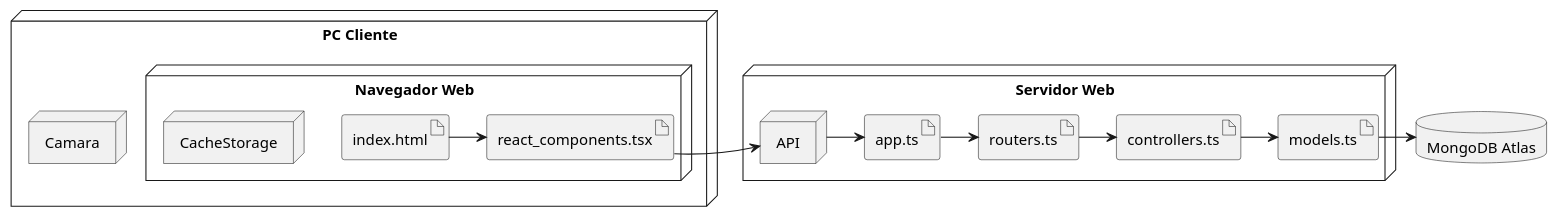
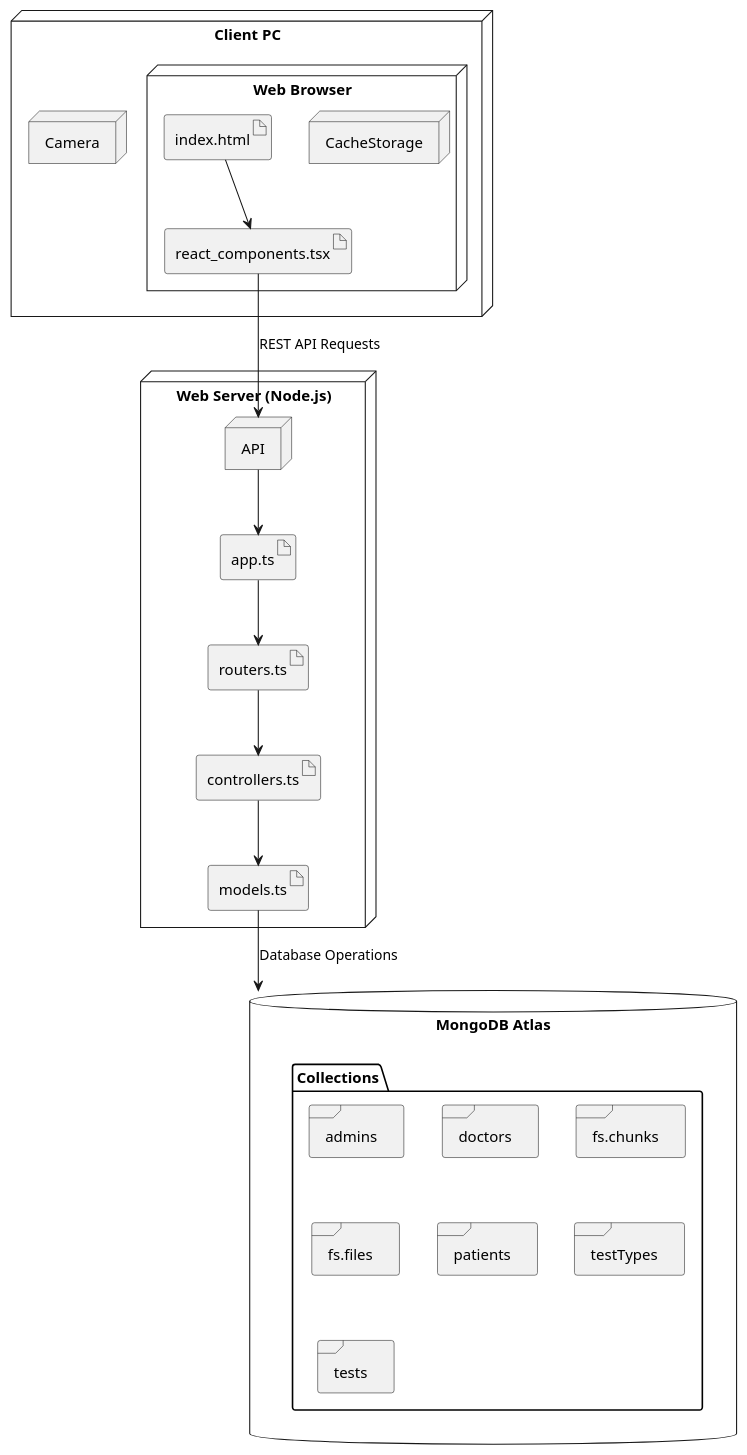
The first of 5 diagrams in templateAPP/input/appendices/03_diagramas.md (TFG-SGM/memoria), drawn with PlantUML before and after one commit. The commit also changed other lines of this file and 33 other files, not shown here.

````diff
--- a/templateAPP/input/appendices/03_diagramas.md
+++ b/templateAPP/input/appendices/03_diagramas.md
@@ -13,32 +13,42 @@
 ```{.plantuml #anexo3:diagrama-despliegue caption="Diagrama de despliegue" frame=single}
 @startuml
 
-node "PC Cliente" {
-node Camara
-node "Navegador Web" {
-node CacheStorage
-artifact index.html
-artifact react_components.tsx
+node "Client PC" {
+    node Camera
+    node "Web Browser" {
+        node CacheStorage
+        artifact index.html
+        artifact react_components.tsx
+    }
 }
+
+node "Web Server (Node.js)" {  
+    node API
+    artifact app.ts
+    artifact routers.ts
+    artifact controllers.ts
+    artifact models.ts
 }
-node "Servidor Web" {
-node API
 
-artifact app.ts
-artifact routers.ts
-artifact controllers.ts
-artifact models.ts
+database "MongoDB Atlas" as mongodb {
+    folder "Collections" {
+        frame "admins"
+        frame "doctors"
+        frame "fs.chunks"
+        frame "fs.files"
+        frame "patients"
+        frame "testTypes"
+        frame "tests"
+    }
+}
 
-}
-database mongodb as "MongoDB Atlas"
-
-index.html -> react_components.tsx
-react_components.tsx -> API
-API -> app.ts
-app.ts -> routers.ts
-routers.ts -> controllers.ts
-controllers.ts -> models.ts
-models.ts -> mongodb
+index.html --> react_components.tsx 
+react_components.tsx --> API : REST API Requests
+API --> app.ts 
+app.ts --> routers.ts 
+routers.ts --> controllers.ts 
+controllers.ts --> models.ts 
+models.ts --> mongodb : Database Operations
 
 @enduml
 ```
````
